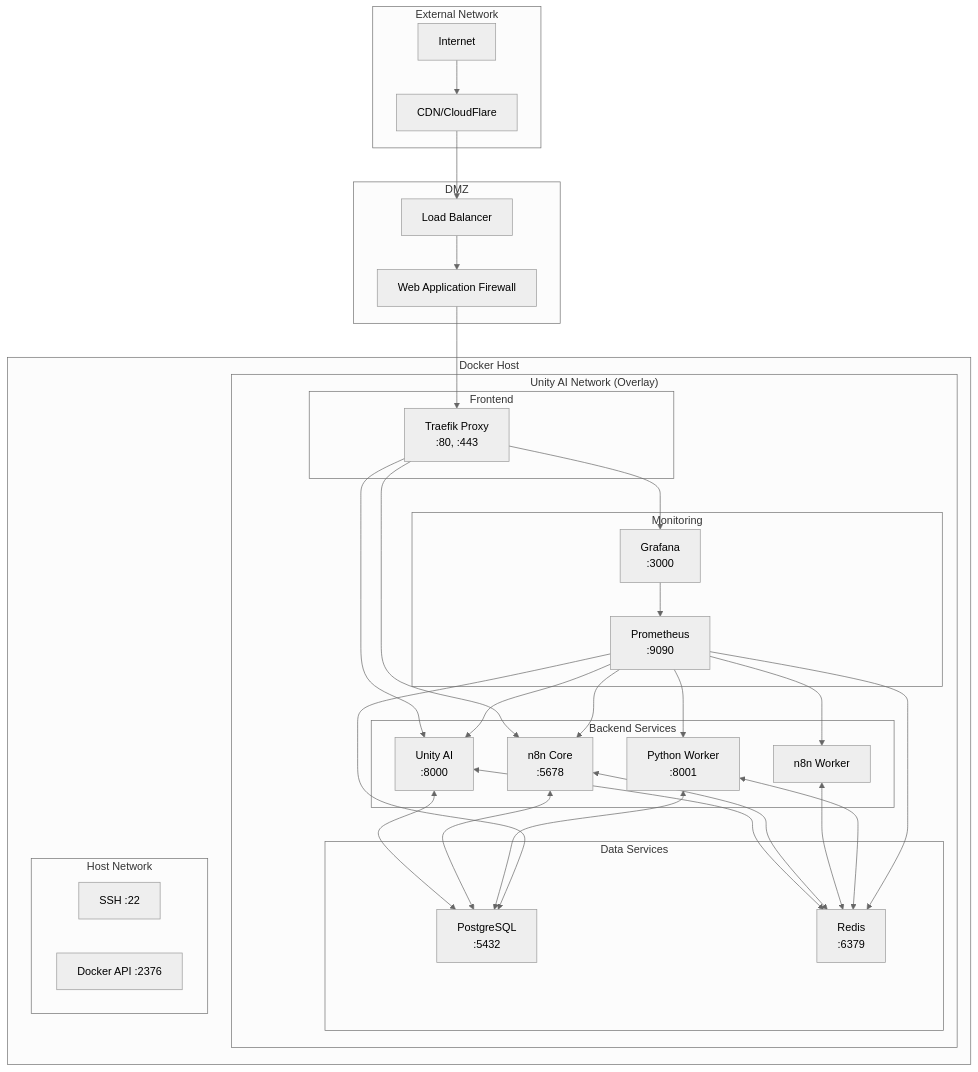
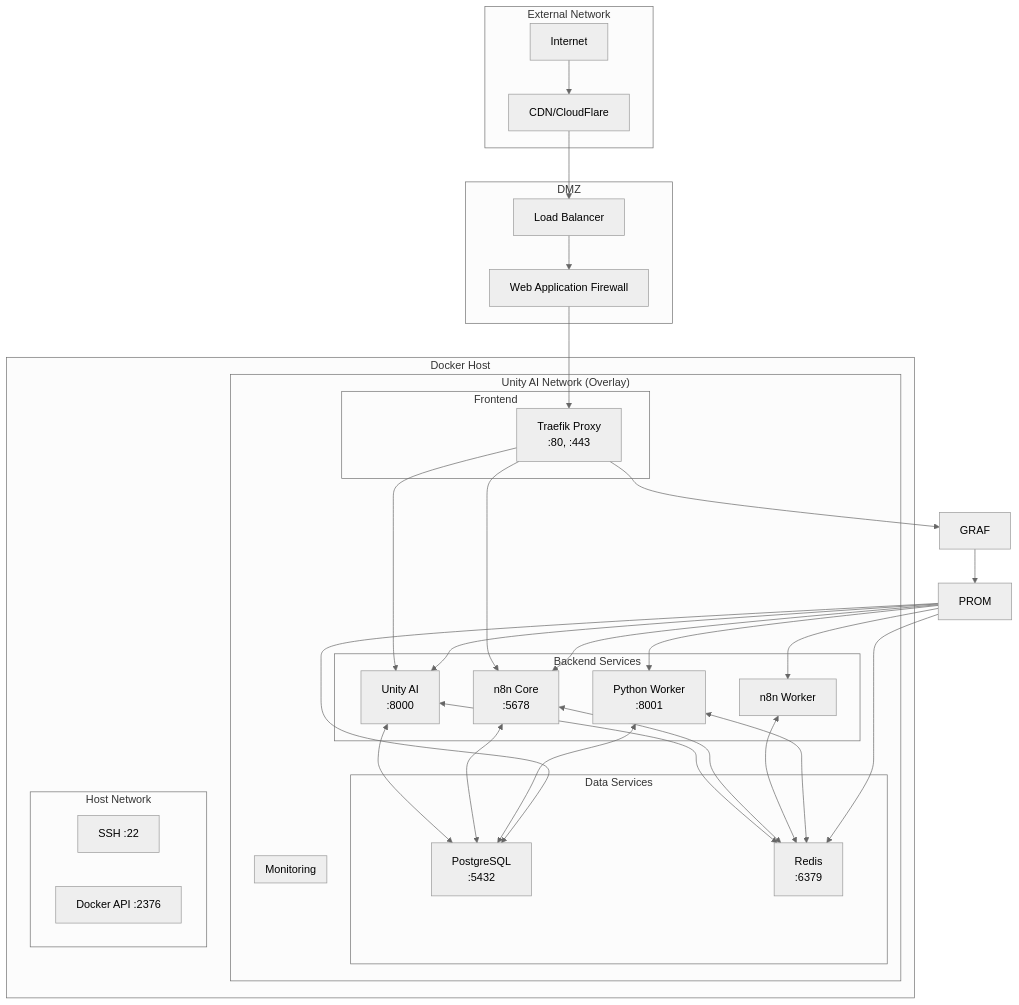
The fifth of 7 diagrams in docs/architecture-mermaid.md (Flissel/unity-ai-platform-clean), drawn with Mermaid (neutral theme) before and after one commit. The commit also changed other lines of this file and 95 other files, not shown here.

First line of the commit message:
refactor(monitoring): remove Prometheus and Grafana integration

````diff
--- a/docs/architecture-mermaid.md
+++ b/docs/architecture-mermaid.md
@@ -322,67 +212,66 @@
 ```mermaid
 graph TB
     subgraph "External Network"
         Internet[Internet]
         CDN[CDN/CloudFlare]
     end
     
     subgraph "DMZ"
         LB[Load Balancer]
         WAF[Web Application Firewall]
     end
     
     subgraph "Docker Host"
         subgraph "Unity AI Network (Overlay)"
             subgraph "Frontend"
-                Traefik[Traefik Proxy<br/>:80, :443]
+                Traefik[Traefik Proxy\n:80, :443]
             end
             
             subgraph "Backend Services"
-                UA[Unity AI<br/>:8000]
-                N8N[n8n Core<br/>:5678]
+                UA[Unity AI\n:8000]
+                N8N[n8n Core\n:5678]
                 NW[n8n Worker]
-                PW[Python Worker<br/>:8001]
+                PW[Python Worker\n:8001]
             end
             
             subgraph "Data Services"
-                PG[PostgreSQL<br/>:5432]
-                RD[Redis<br/>:6379]
+                PG[PostgreSQL\n:5432]
+                RD[Redis\n:6379]
             end
             
             subgraph "Monitoring"
-                PROM[Prometheus<br/>:9090]
-                GRAF[Grafana<br/>:3000]
+
             end
         end
         
         subgraph "Host Network"
             SSH[SSH :22]
             Docker[Docker API :2376]
         end
     end
     
     Internet --> CDN
     CDN --> LB
     LB --> WAF
     WAF --> Traefik
     
     Traefik --> UA
     Traefik --> N8N
     Traefik --> GRAF
     
     UA <--> PG
     UA <--> RD
     N8N <--> PG
     N8N <--> RD
     NW <--> RD
     PW <--> RD
     PW <--> PG
     
     PROM --> UA
     PROM --> N8N
     PROM --> NW
     PROM --> PW
     PROM --> PG
     PROM --> RD
     GRAF --> PROM
 ```
````
